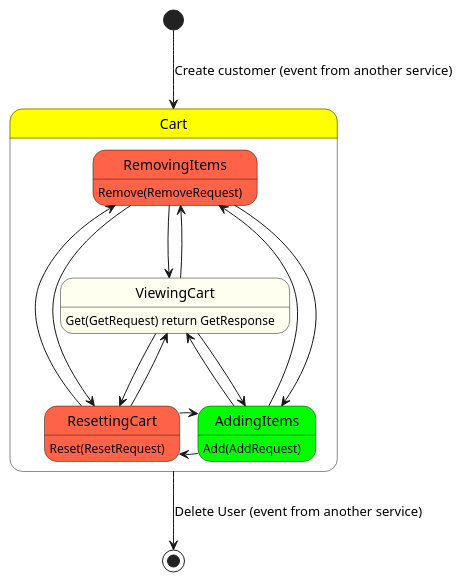
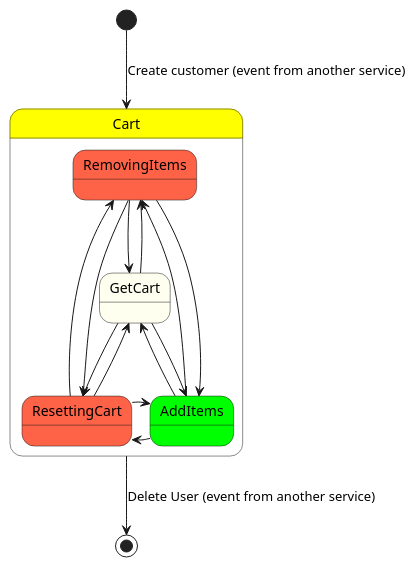
The first of 2 diagrams in boundaries/shop/oms/internal/usecases/cart/README.md (shortlink-org/shortlink), drawn with PlantUML before and after one commit.

Commit message:
oms: improve docs

````diff
--- a/boundaries/shop/oms/internal/usecases/cart/README.md
+++ b/boundaries/shop/oms/internal/usecases/cart/README.md
@@ -3,37 +3,32 @@
 ```plantuml
 @startuml
 skinparam state {
     BackgroundColor<<CartState>> Yellow
     BackgroundColor<<Add>> Lime
     BackgroundColor<<Remove>> Tomato
     BackgroundColor<<Get>> Ivory
 }
 
 [*] --> Cart : Create customer (event from another service)
 
 state Cart <<CartState>> {
-  AddingItems<<Add>> -left-> ResettingCart<<Remove>>
-  AddingItems<<Add>> -down-> RemovingItems<<Remove>>
-  AddingItems<<Add>> --right--> ViewingCart<<Get>>
+  AddItems<<Add>> -left-> ResettingCart<<Remove>>
+  AddItems<<Add>> -down-> RemovingItems<<Remove>>
+  AddItems<<Add>> --right--> GetCart<<Get>>
   
-  RemovingItems<<Remove>> -up-> AddingItems<<Add>>
+  RemovingItems<<Remove>> -up-> AddItems<<Add>>
   RemovingItems<<Remove>> -left-> ResettingCart<<Remove>>
-  RemovingItems<<Remove>> -right-> ViewingCart<<Get>>
+  RemovingItems<<Remove>> -right-> GetCart<<Get>>
   
-  ViewingCart<<Get>> ---> RemovingItems<<Remove>>
-  ViewingCart<<Get>> ---> ResettingCart<<Remove>>
-  ViewingCart<<Get>> --left--> AddingItems<<Add>>
+  GetCart<<Get>> ---> RemovingItems<<Remove>>
+  GetCart<<Get>> ---> ResettingCart<<Remove>>
+  GetCart<<Get>> --left--> AddItems<<Add>>
   
-  ResettingCart<<Remove>> -right-> AddingItems<<Add>>
-  ResettingCart<<Remove>> -up-> ViewingCart<<Get>>
+  ResettingCart<<Remove>> -right-> AddItems<<Add>>
+  ResettingCart<<Remove>> -up-> GetCart<<Get>>
   ResettingCart<<Remove>> -left-> RemovingItems<<Remove>>
 }
-
-AddingItems : Add(AddRequest)
-RemovingItems : Remove(RemoveRequest)
-ViewingCart : Get(GetRequest) return GetResponse
-ResettingCart : Reset(ResetRequest)
 
 Cart --> [*] : Delete User (event from another service)
 @enduml
 ```
````
